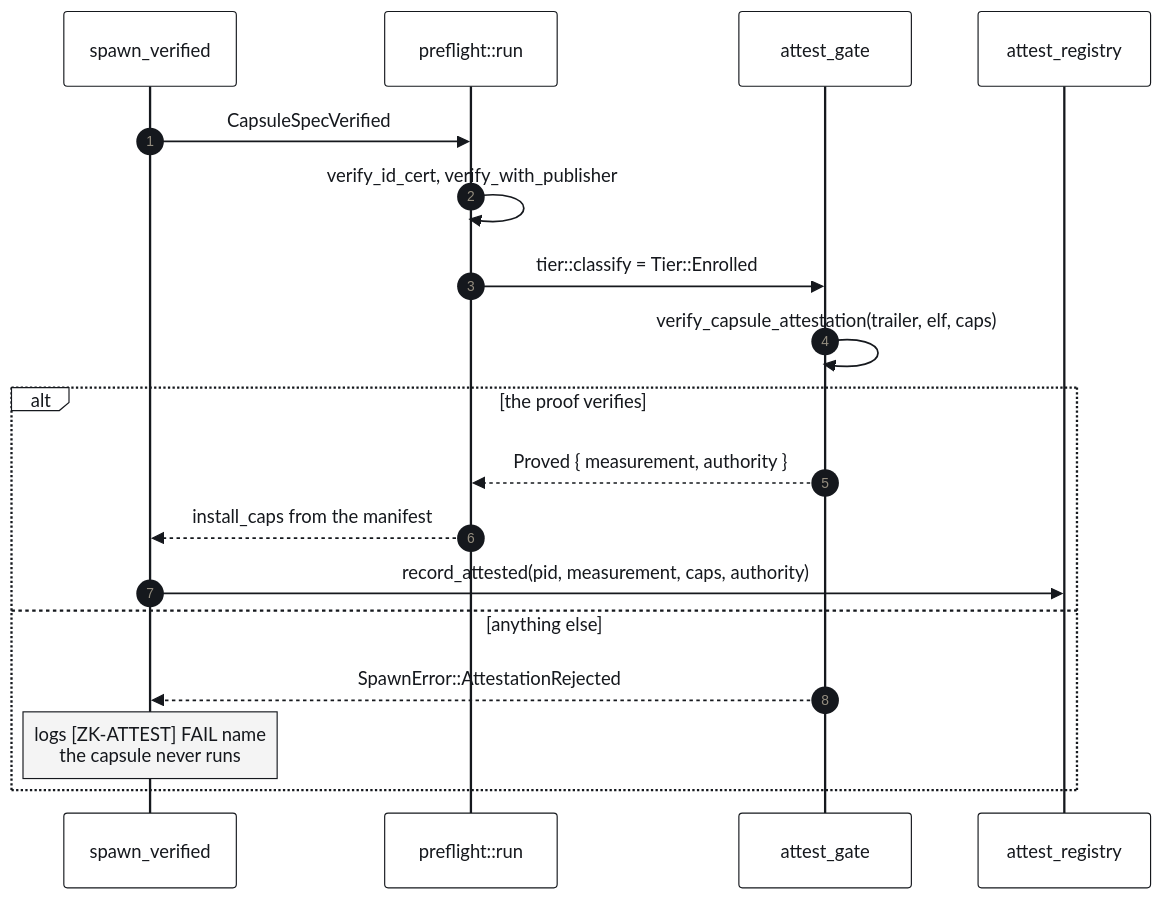
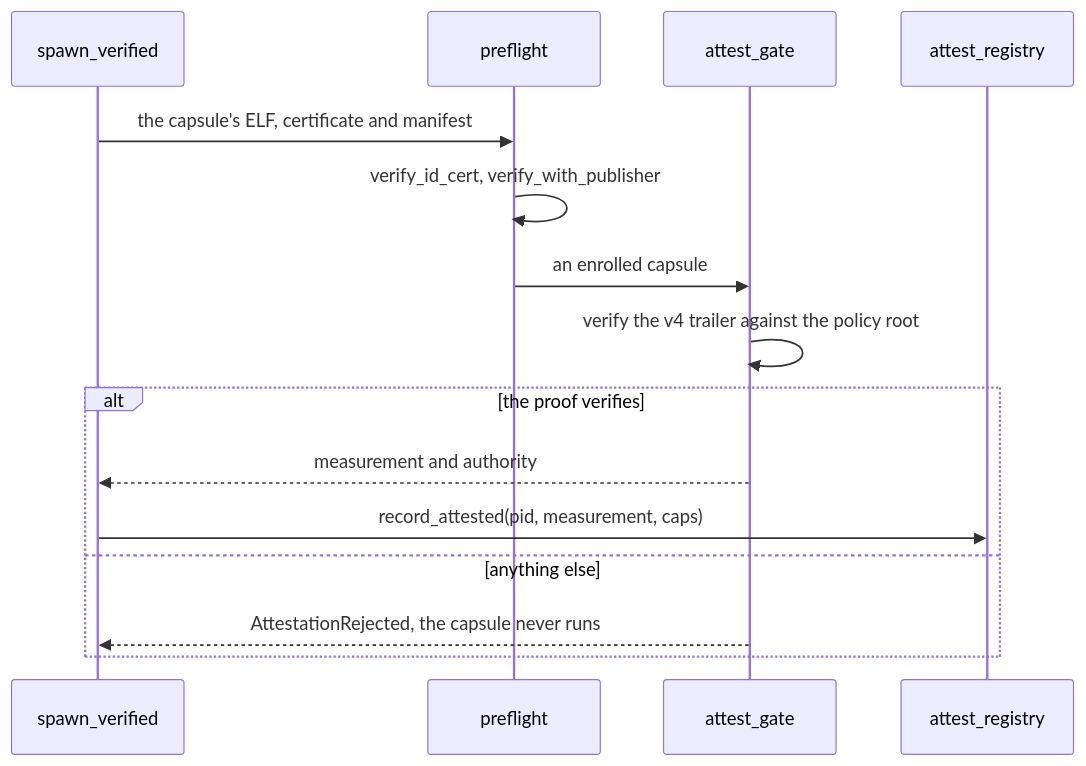
Before and after one commit to NON-OS/microkernel: the second of 4 diagrams in README.md, drawn with Mermaid. The commit also changed other lines of this file and 1 other file, not shown here.

````diff
--- a/README.md
+++ b/README.md
@@ -54,21 +74,17 @@
 ```mermaid
-%%{init: {'theme':'base','themeVariables':{'primaryColor':'#ffffff','primaryTextColor':'#15181d','primaryBorderColor':'#15181d','lineColor':'#6b7280','fontFamily':'ui-monospace, SFMono-Regular, Menlo, monospace','fontSize':'13px','noteBkgColor':'#f4f4f4','noteTextColor':'#15181d','noteBorderColor':'#15181d'}}}%%
 sequenceDiagram
-    autonumber
-    participant S as spawn_verified
-    participant P as preflight::run
-    participant G as attest_gate
-    participant R as attest_registry
-    S->>P: CapsuleSpecVerified
-    P->>P: verify_id_cert, verify_with_publisher
-    P->>G: tier::classify = Tier::Enrolled
-    G->>G: verify_capsule_attestation(trailer, elf, caps)
-    alt the proof verifies
-        G-->>P: Proved { measurement, authority }
-        P-->>S: install_caps from the manifest
-        S->>R: record_attested(pid, measurement, caps, authority)
-    else anything else
-        G-->>S: SpawnError::AttestationRejected
-        Note over S: logs [ZK-ATTEST] FAIL name<br/>the capsule never runs
-    end
+ participant S as spawn_verified
+ participant P as preflight
+ participant G as attest_gate
+ participant R as attest_registry
+ S->>P: the capsule's ELF, certificate and manifest
+ P->>P: verify_id_cert, verify_with_publisher
+ P->>G: an enrolled capsule
+ G->>G: verify the v4 trailer against the policy root
+ alt the proof verifies
+ G-->>S: measurement and authority
+ S->>R: record_attested(pid, measurement, caps)
+ else anything else
+ G-->>S: AttestationRejected, the capsule never runs
+ end
 ```
````
